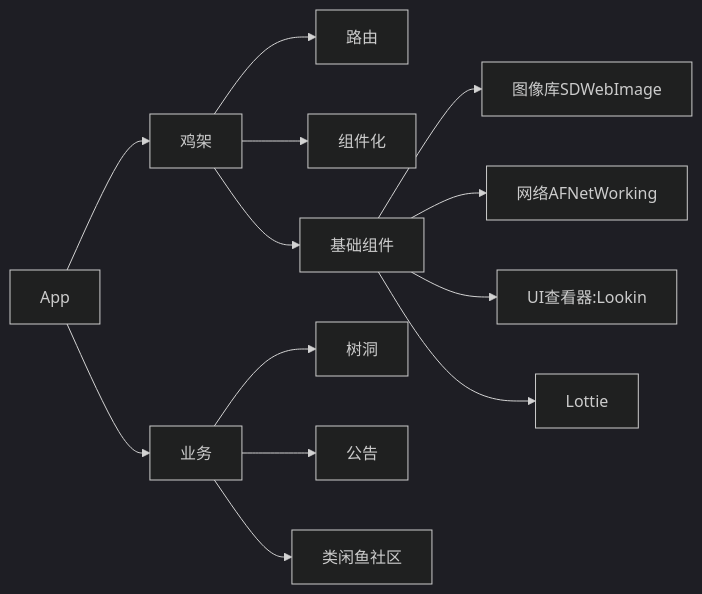
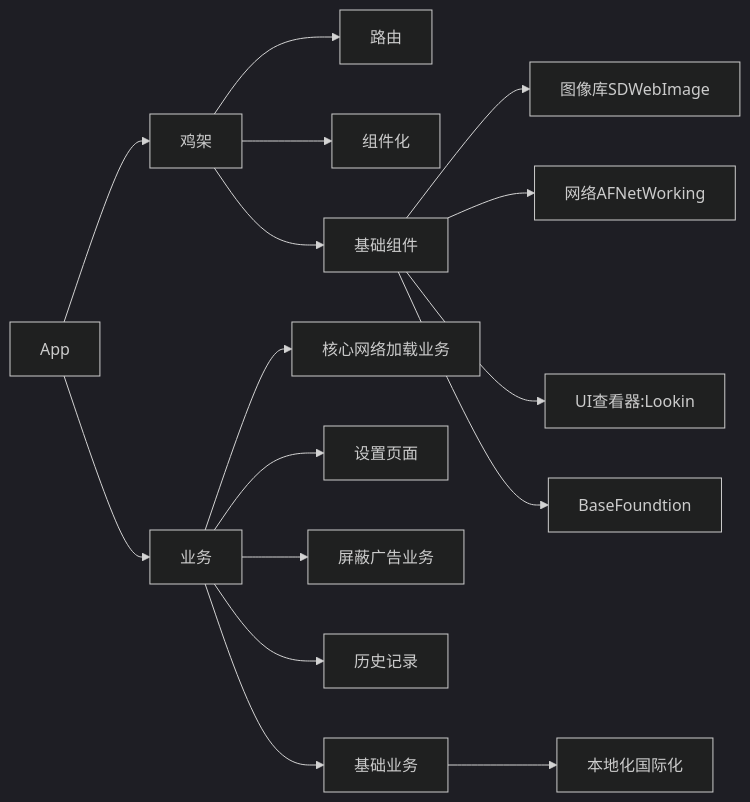
The diagram in content/skill/2025-09-02-开发一款属于自己的 APP/index.md (Meteor-Z/Meteor-Z.github.io), drawn with Mermaid (dark theme) before and after one commit. The commit also changed other lines of this file, not shown here.

````diff
--- a/content/skill/2025-09-02-开发一款属于自己的 APP/index.md
+++ b/content/skill/2025-09-02-开发一款属于自己的 APP/index.md
@@ -43,39 +49,26 @@
 ```mermaid
 flowchart LR
 
   
   App --> 鸡架
   App --> 业务
 
   鸡架 --> 路由
   鸡架 --> 组件化
-  
   鸡架 --> 基础组件
 
   基础组件 --> 图像库SDWebImage
   基础组件 --> 网络AFNetWorking
   基础组件 --> UI查看器:Lookin
-  基础组件 --> Lottie
+  基础组件 --> BaseFoundtion
 
   
+  业务 --> 核心网络加载业务
+  业务 --> 设置页面
+  业务 --> 屏蔽广告业务
+  业务 --> 历史记录
+  业务 --> 基础业务
 
-
-  业务 --> 树洞
-  业务 --> 公告
-  业务 --> 类闲鱼社区
-
-
-  
-  
-  
-  
-
-
-
-
-  
-    
-
-    
+  基础业务 --> 本地化国际化
 
 ```
````
